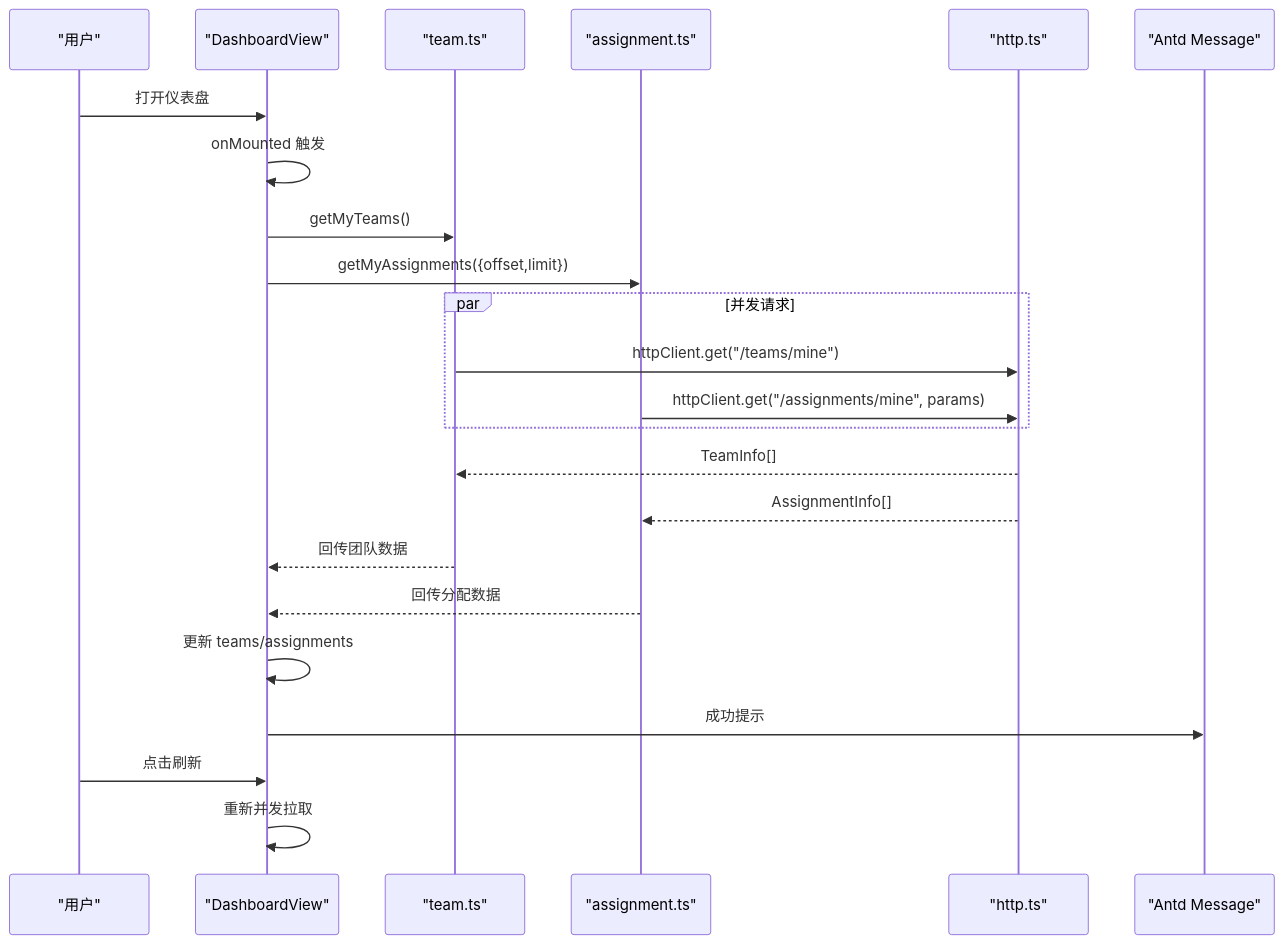
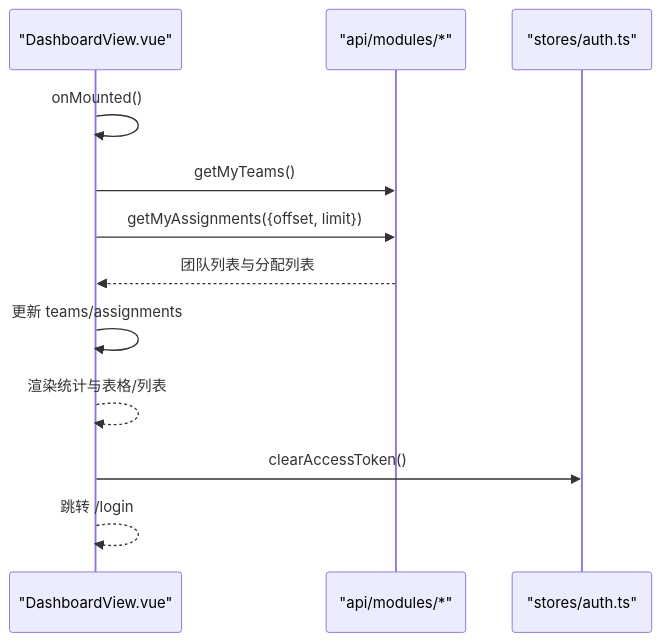
One commit to ATOMLubover/poprako changed the ninth of 11 diagrams in .qoder/repowiki/zh/content/前端应用架构/前端应用架构.md. Above: the diagram before and after it, drawn with Mermaid. The commit also changed other lines of this file and 132 other files, not shown here.

````diff
--- a/.qoder/repowiki/zh/content/前端应用架构/前端应用架构.md
+++ b/.qoder/repowiki/zh/content/前端应用架构/前端应用架构.md
@@ -221,25 +318,14 @@
 ```mermaid
 sequenceDiagram
-participant U as "用户"
-participant DV as "DashboardView"
-participant TM as "team.ts"
-participant AS as "assignment.ts"
-participant HC as "http.ts"
-participant MS as "Antd Message"
-U->>DV : 打开仪表盘
-DV->>DV : onMounted 触发
-DV->>TM : getMyTeams()
-DV->>AS : getMyAssignments({offset,limit})
-par 并发请求
-TM->>HC : httpClient.get("/teams/mine")
-AS->>HC : httpClient.get("/assignments/mine", params)
-end
-HC-->>TM : TeamInfo[]
-HC-->>AS : AssignmentInfo[]
-TM-->>DV : 回传团队数据
-AS-->>DV : 回传分配数据
-DV->>DV : 更新 teams/assignments
-DV->>MS : 成功提示
-U->>DV : 点击刷新
-DV->>DV : 重新并发拉取
+participant Dash as "DashboardView.vue"
+participant API as "api/modules/*"
+participant Store as "stores/auth.ts"
+Dash->>Dash : onMounted()
+Dash->>API : getMyTeams()
+Dash->>API : getMyAssignments({offset, limit})
+API-->>Dash : 团队列表与分配列表
+Dash->>Dash : 更新 teams/assignments
+Dash-->>Dash : 渲染统计与表格/列表
+Dash->>Store : clearAccessToken()
+Dash-->>Dash : 跳转 /login
 ```
````
